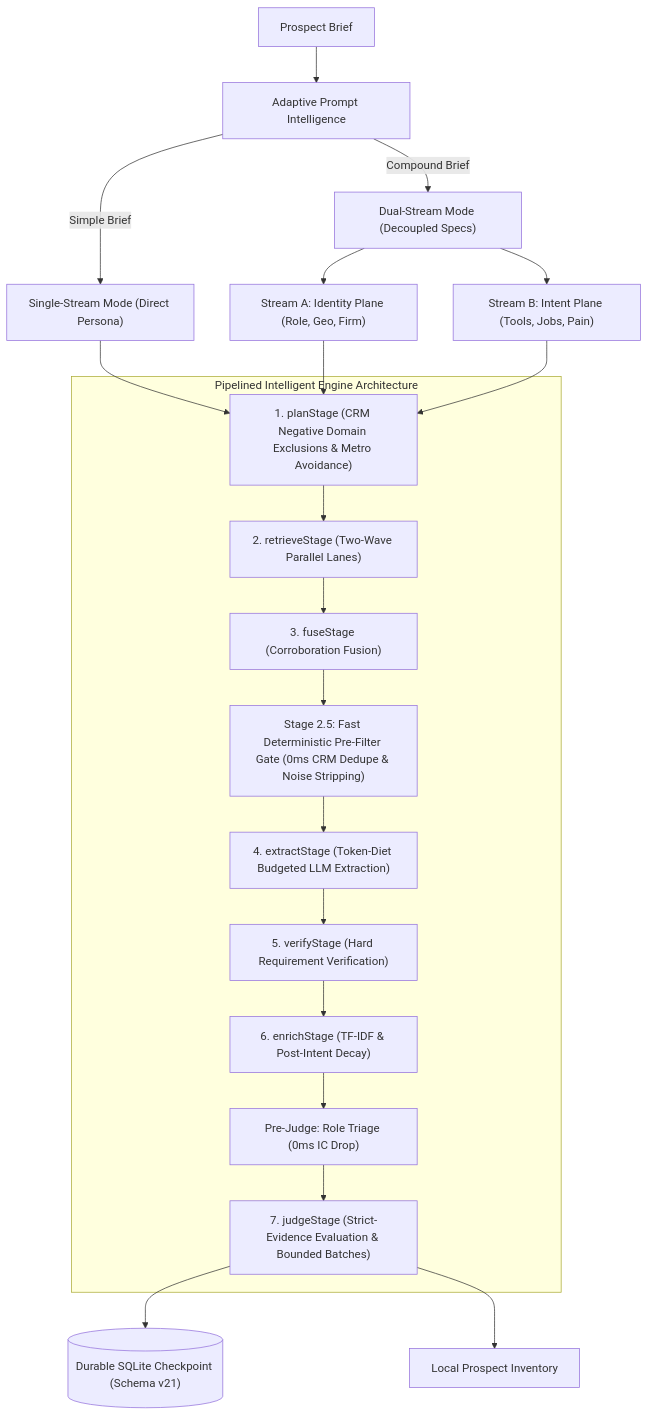
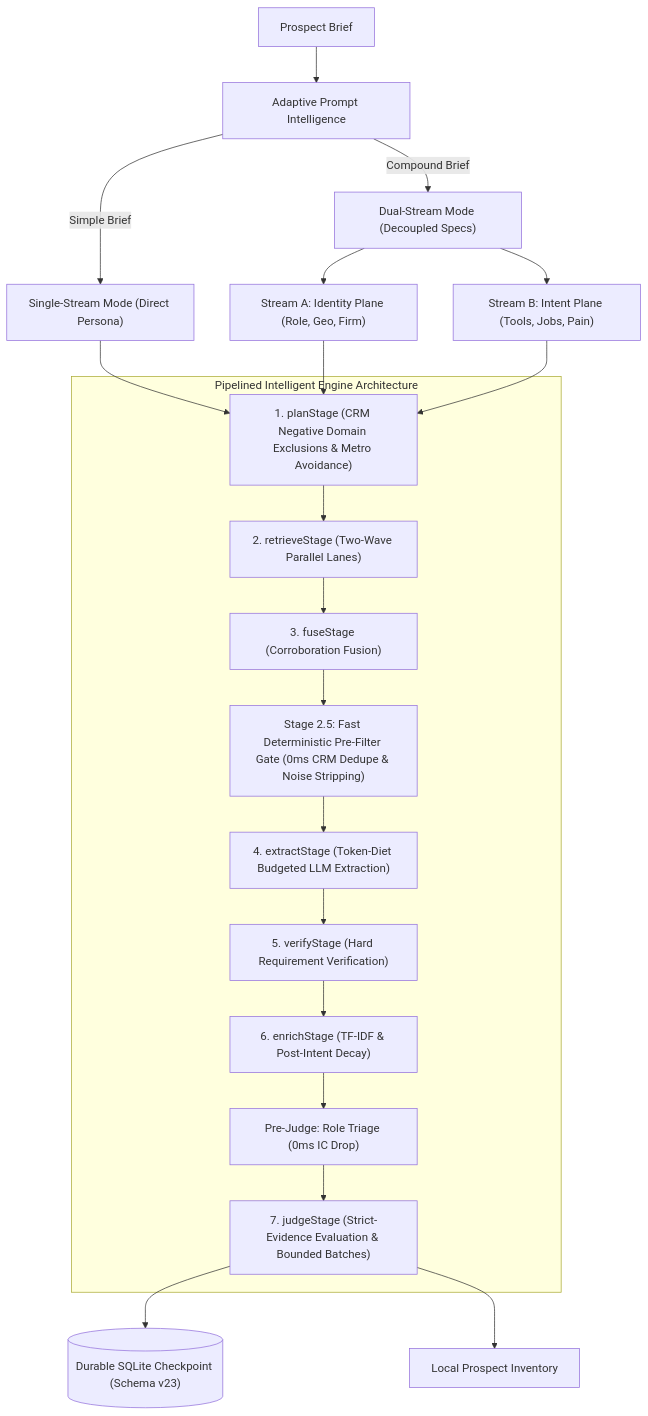
Before and after one commit to AliasHolmes/Apex-CRM: the first of 2 diagrams in README.md, drawn with Mermaid. The commit also changed other lines of this file and 3 other files, not shown here.

````diff
--- a/README.md
+++ b/README.md
@@ -44,29 +44,29 @@
 ```mermaid
 flowchart TD
     Brief["Prospect Brief"] --> Classifier["Adaptive Prompt Intelligence"]
     Classifier -->|Simple Brief| StreamIdentity["Single-Stream Mode (Direct Persona)"]
     Classifier -->|Compound Brief| StreamDual["Dual-Stream Mode (Decoupled Specs)"]
     StreamDual --> StreamA["Stream A: Identity Plane (Role, Geo, Firm)"]
     StreamDual --> StreamB["Stream B: Intent Plane (Tools, Jobs, Pain)"]
 
     subgraph Stages ["Pipelined Intelligent Engine Architecture"]
         Plan["1. planStage (CRM Negative Domain Exclusions & Metro Avoidance)"]
         Retrieve["2. retrieveStage (Two-Wave Parallel Lanes)"]
         Fuse["3. fuseStage (Corroboration Fusion)"]
         PreFilter["Stage 2.5: Fast Deterministic Pre-Filter Gate (0ms CRM Dedupe & Noise Stripping)"]
         Extract["4. extractStage (Token-Diet Budgeted LLM Extraction)"]
         Verify["5. verifyStage (Hard Requirement Verification)"]
         Enrich["6. enrichStage (TF-IDF & Post-Intent Decay)"]
         PreJudge["Pre-Judge: Role Triage (0ms IC Drop)"]
         Judge["7. judgeStage (Strict-Evidence Evaluation & Bounded Batches)"]
 
         Plan --> Retrieve --> Fuse --> PreFilter --> Extract --> Verify --> Enrich --> PreJudge --> Judge
     end
 
     StreamIdentity --> Plan
     StreamA --> Plan
     StreamB --> Plan
 
-    Judge --> Checkpoint[("Durable SQLite Checkpoint (Schema v21)")]
+    Judge --> Checkpoint[("Durable SQLite Checkpoint (Schema v23)")]
     Judge --> Inventory["Local Prospect Inventory"]
 ```
````
